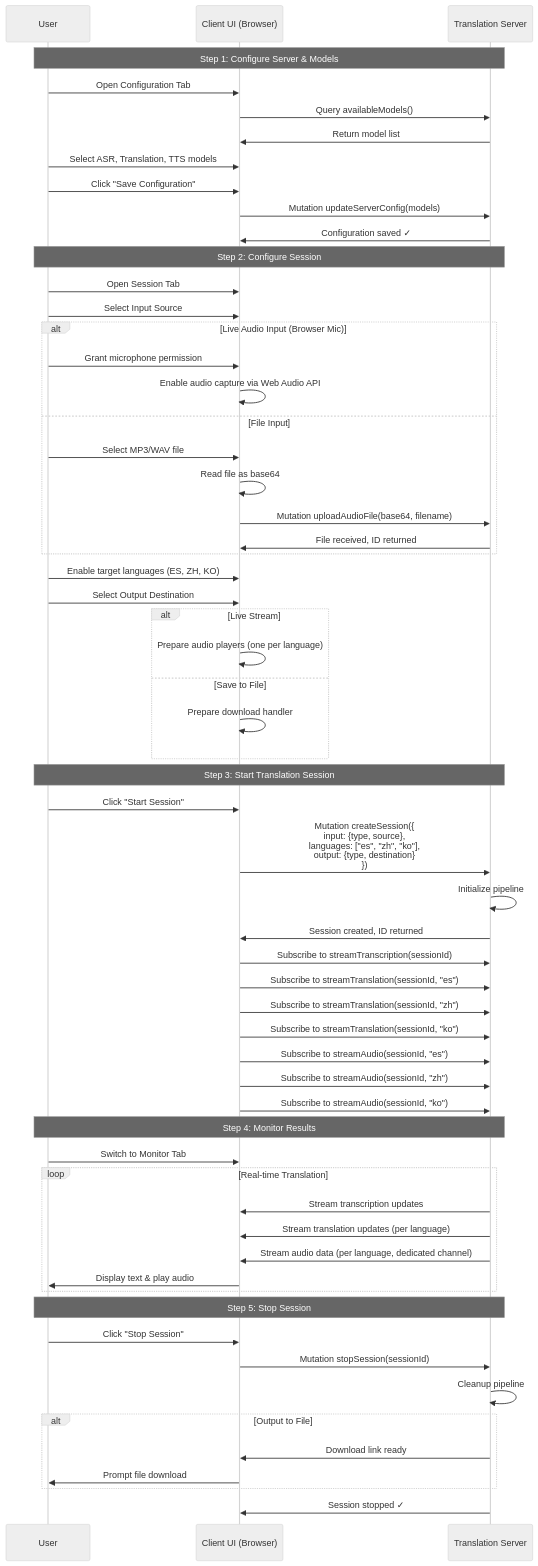
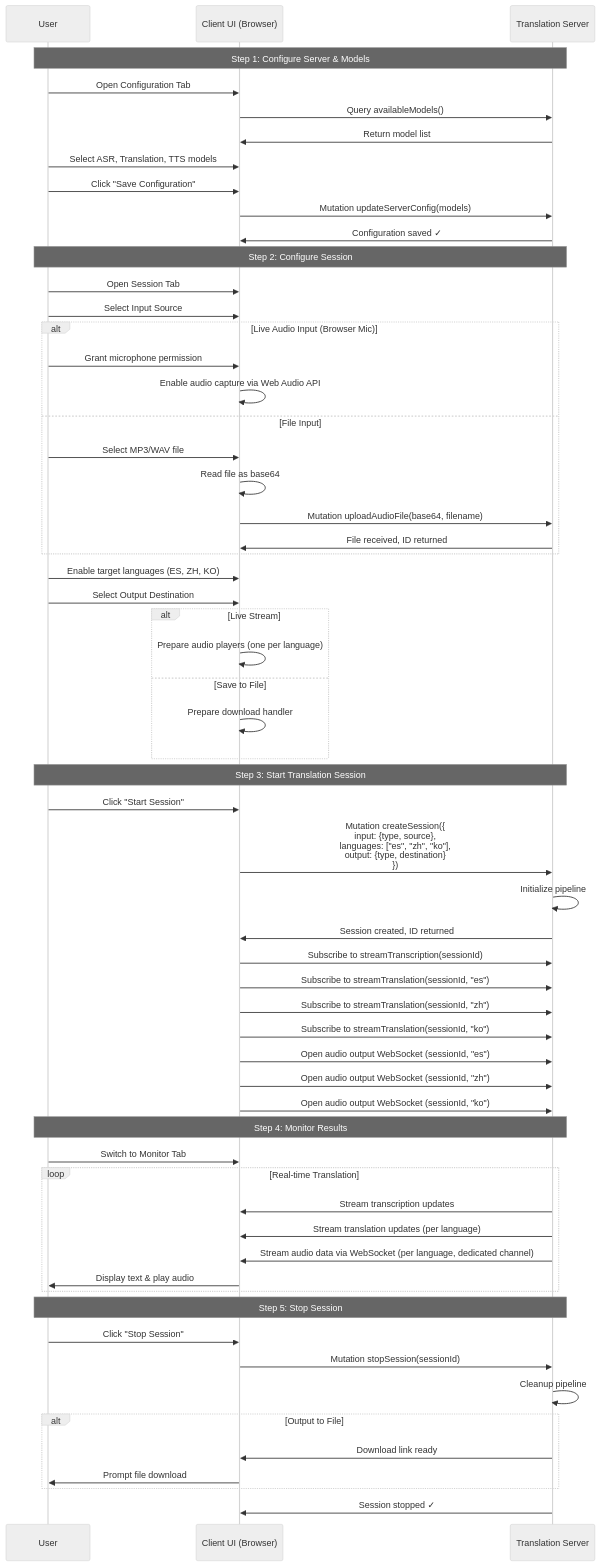
Diagram 14 of 17 in plans/project-plan.md (naturally-translate/voice-bridge), drawn with Mermaid (neutral theme) before and after one commit. The commit also changed other lines of this file, not shown here.

````diff
--- a/plans/project-plan.md
+++ b/plans/project-plan.md
@@ -1036,79 +1035,79 @@
 ```mermaid
 sequenceDiagram
     participant User
     participant UI as Client UI (Browser)
     participant Server as Translation Server
 
     Note over User,Server: Step 1: Configure Server & Models
 
     User->>UI: Open Configuration Tab
     UI->>Server: Query availableModels()
     Server->>UI: Return model list
     User->>UI: Select ASR, Translation, TTS models
     User->>UI: Click "Save Configuration"
     UI->>Server: Mutation updateServerConfig(models)
     Server->>UI: Configuration saved ✓
 
     Note over User,Server: Step 2: Configure Session
 
     User->>UI: Open Session Tab
     User->>UI: Select Input Source
 
     alt Live Audio Input (Browser Mic)
         User->>UI: Grant microphone permission
         UI->>UI: Enable audio capture via Web Audio API
     else File Input
         User->>UI: Select MP3/WAV file
         UI->>UI: Read file as base64
         UI->>Server: Mutation uploadAudioFile(base64, filename)
         Server->>UI: File received, ID returned
     end
 
     User->>UI: Enable target languages (ES, ZH, KO)
 
     User->>UI: Select Output Destination
     alt Live Stream
         UI->>UI: Prepare audio players (one per language)
     else Save to File
         UI->>UI: Prepare download handler
     end
 
     Note over User,Server: Step 3: Start Translation Session
 
     User->>UI: Click "Start Session"
     UI->>Server: Mutation createSession({<br/>  input: {type, source},<br/>  languages: ["es", "zh", "ko"],<br/>  output: {type, destination}<br/>})
     Server->>Server: Initialize pipeline
     Server->>UI: Session created, ID returned
 
     UI->>Server: Subscribe to streamTranscription(sessionId)
     UI->>Server: Subscribe to streamTranslation(sessionId, "es")
     UI->>Server: Subscribe to streamTranslation(sessionId, "zh")
     UI->>Server: Subscribe to streamTranslation(sessionId, "ko")
-    UI->>Server: Subscribe to streamAudio(sessionId, "es")
-    UI->>Server: Subscribe to streamAudio(sessionId, "zh")
-    UI->>Server: Subscribe to streamAudio(sessionId, "ko")
+    UI->>Server: Open audio output WebSocket (sessionId, "es")
+    UI->>Server: Open audio output WebSocket (sessionId, "zh")
+    UI->>Server: Open audio output WebSocket (sessionId, "ko")
 
     Note over User,Server: Step 4: Monitor Results
 
     User->>UI: Switch to Monitor Tab
 
     loop Real-time Translation
         Server->>UI: Stream transcription updates
         Server->>UI: Stream translation updates (per language)
-        Server->>UI: Stream audio data (per language, dedicated channel)
+        Server->>UI: Stream audio data via WebSocket (per language, dedicated channel)
         UI->>User: Display text & play audio
     end
 
     Note over User,Server: Step 5: Stop Session
 
     User->>UI: Click "Stop Session"
     UI->>Server: Mutation stopSession(sessionId)
     Server->>Server: Cleanup pipeline
 
     alt Output to File
         Server->>UI: Download link ready
         UI->>User: Prompt file download
     end
 
     Server->>UI: Session stopped ✓
 ```
````
